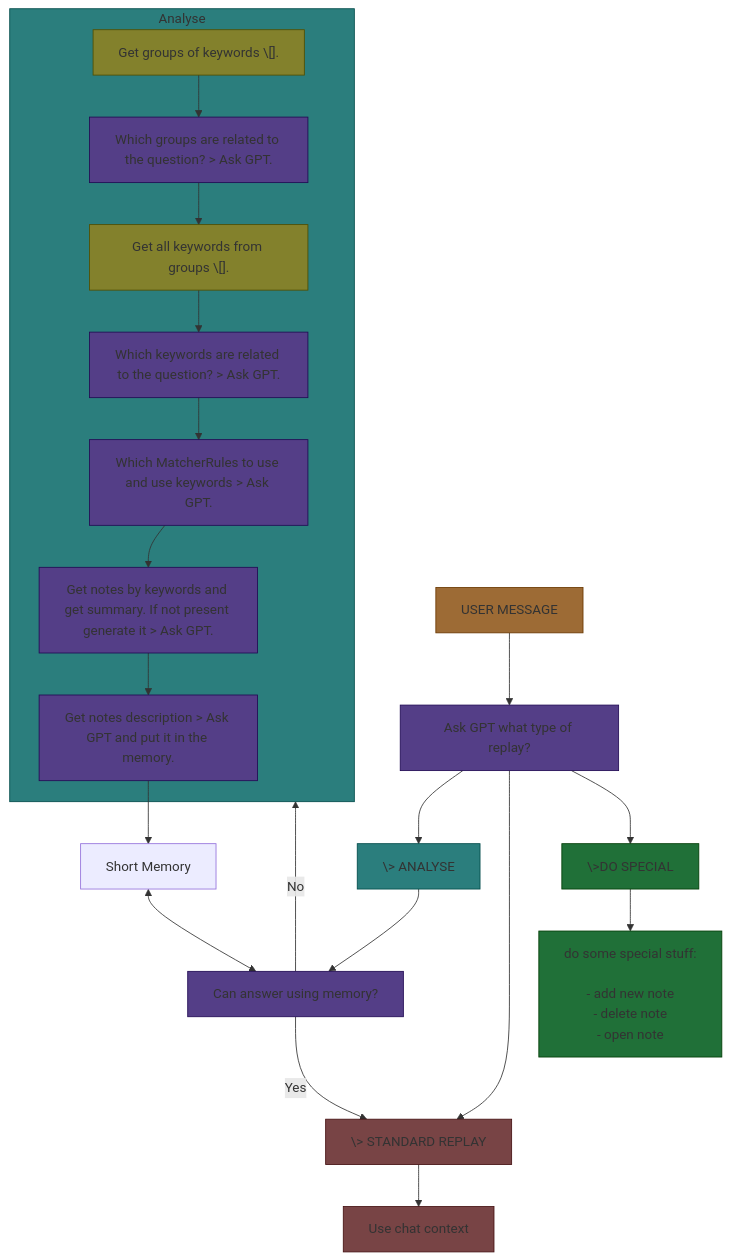
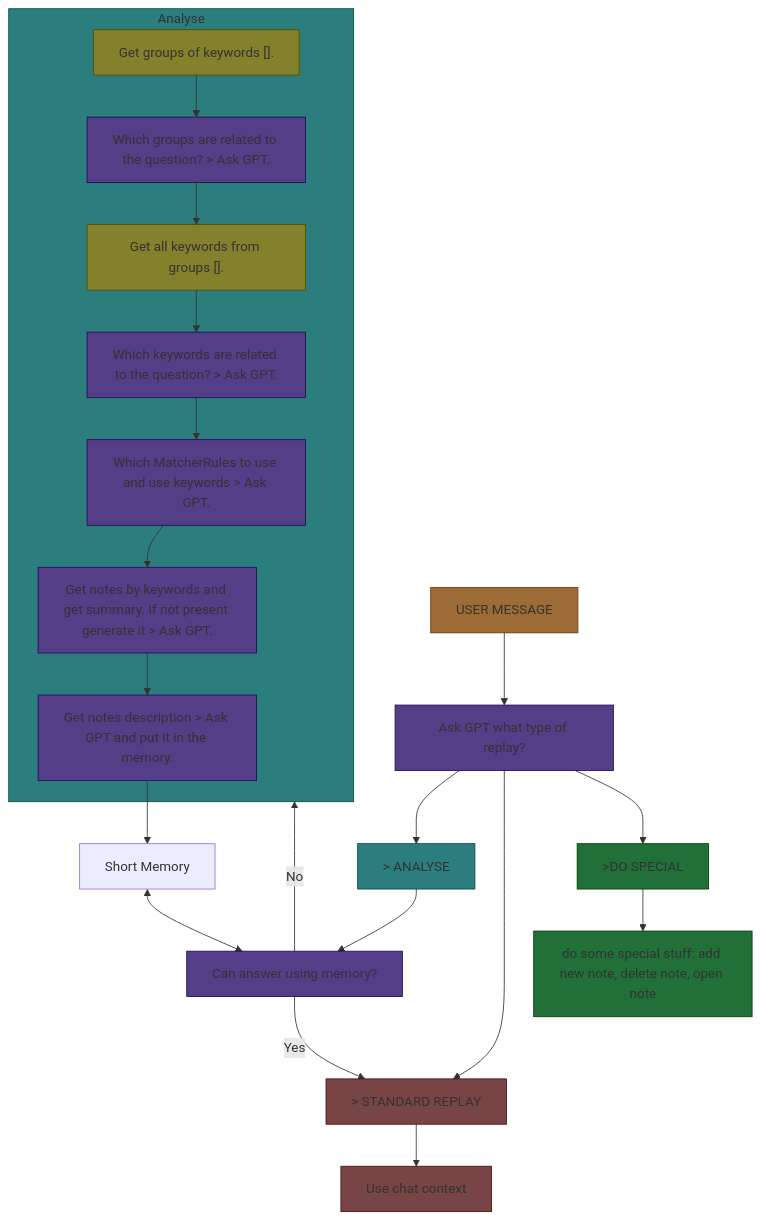
One commit to intkgc/intellivault changed the diagram in specs/analysis-pipeline.md. Above: the diagram before and after it, drawn with Mermaid. The commit also changed 1 other file, not shown here.

Commit message:
fix typo in readme + pipeline fix

````diff
--- a/specs/analysis-pipeline.md
+++ b/specs/analysis-pipeline.md
@@ -1,74 +1,70 @@
 ```mermaid
 graph TB
 subgraph ab7778a2d708eb0f["Analyse"]
 207a7feca601c2e2["Which MatcherRules to use and use keywords > Ask GPT."]
-78e957bda4884a41["Get groups of keywords \[]."]
+78e957bda4884a41["Get groups of keywords []."]
 f755572270f4b40b["Which groups are related to the question? > Ask GPT."]
-223a839673882ebc["Get all keywords from groups \[]."]
+223a839673882ebc["Get all keywords from groups []."]
 876ae3132c378cae["Which keywords are related to the question? > Ask GPT."]
 c5eacc9b622b4c0a["Get notes by keywords and get summary. If not present generate it > Ask GPT."]
 76f53107dccbc61b["Get notes description > Ask GPT and put it in the memory."]
 
 end
-2e78d5081acb9130["\> ANALYSE"]
+2e78d5081acb9130["> ANALYSE"]
 03c0bf2d7d53ba30["Ask GPT what type of replay?"]
 5e4aff86d5515375["USER MESSAGE"]
 b6f82d11aa769a1f["Can answer using memory?"]
 0ae8cee0a7cf4f85["Short Memory"]
 207a7feca601c2e2["Which MatcherRules to use and use keywords > Ask GPT."]
-78e957bda4884a41["Get groups of keywords \[]."]
+78e957bda4884a41["Get groups of keywords []."]
 f755572270f4b40b["Which groups are related to the question? > Ask GPT."]
-223a839673882ebc["Get all keywords from groups \[]."]
+223a839673882ebc["Get all keywords from groups []."]
 876ae3132c378cae["Which keywords are related to the question? > Ask GPT."]
 c5eacc9b622b4c0a["Get notes by keywords and get summary. If not present generate it > Ask GPT."]
 76f53107dccbc61b["Get notes description > Ask GPT and put it in the memory."]
-e5a6cbc4df30ca71["\>DO SPECIAL"]
-4f6683862d28ae89["\> STANDARD REPLAY"]
+e5a6cbc4df30ca71[">DO SPECIAL"]
+4f6683862d28ae89["> STANDARD REPLAY"]
 e0655c30dc3992a5["Use chat context"]
-06a04622a782b489["do some special stuff:
-
-- add new note
-- delete note
-- open note"]
+06a04622a782b489["do some special stuff: add new note, delete note, open note"]
 2e78d5081acb9130 --> b6f82d11aa769a1f
 f755572270f4b40b --> 223a839673882ebc
 223a839673882ebc --> 876ae3132c378cae
 876ae3132c378cae --> 207a7feca601c2e2
 207a7feca601c2e2 --> c5eacc9b622b4c0a
 c5eacc9b622b4c0a --> 76f53107dccbc61b
 e5a6cbc4df30ca71 --> 06a04622a782b489
 b6f82d11aa769a1f --> |Yes| 4f6683862d28ae89
 78e957bda4884a41 --> f755572270f4b40b
 b6f82d11aa769a1f --> |No
 | ab7778a2d708eb0f
 4f6683862d28ae89 --> e0655c30dc3992a5
 5e4aff86d5515375 --> 03c0bf2d7d53ba30
 03c0bf2d7d53ba30 --> 2e78d5081acb9130
 03c0bf2d7d53ba30 --> 4f6683862d28ae89
 03c0bf2d7d53ba30 --> e5a6cbc4df30ca71
 76f53107dccbc61b --> 0ae8cee0a7cf4f85
 0ae8cee0a7cf4f85 <--> b6f82d11aa769a1f
 style ab7778a2d708eb0f fill:#2b7e7d, stroke:#004b4a
 style 207a7feca601c2e2 fill:#543e87, stroke:#210b54
 style 78e957bda4884a41 fill:#83812c, stroke:#504e00
 style f755572270f4b40b fill:#543e87, stroke:#210b54
 style 223a839673882ebc fill:#83812c, stroke:#504e00
 style 876ae3132c378cae fill:#543e87, stroke:#210b54
 style c5eacc9b622b4c0a fill:#543e87, stroke:#210b54
 style 76f53107dccbc61b fill:#543e87, stroke:#210b54
 style 2e78d5081acb9130 fill:#2b7e7d, stroke:#004b4a
 style 03c0bf2d7d53ba30 fill:#543e87, stroke:#210b54
 style 5e4aff86d5515375 fill:#9d6b35, stroke:#6a3802
 style b6f82d11aa769a1f fill:#543e87, stroke:#210b54
 style 207a7feca601c2e2 fill:#543e87, stroke:#210b54
 style 78e957bda4884a41 fill:#83812c, stroke:#504e00
 style f755572270f4b40b fill:#543e87, stroke:#210b54
 style 223a839673882ebc fill:#83812c, stroke:#504e00
 style 876ae3132c378cae fill:#543e87, stroke:#210b54
 style c5eacc9b622b4c0a fill:#543e87, stroke:#210b54
 style 76f53107dccbc61b fill:#543e87, stroke:#210b54
 style e5a6cbc4df30ca71 fill:#207038, stroke:#003d05
 style 4f6683862d28ae89 fill:#784445, stroke:#451112
 style e0655c30dc3992a5 fill:#784445, stroke:#451112
 style 06a04622a782b489 fill:#207038, stroke:#003d05
 ```
````
